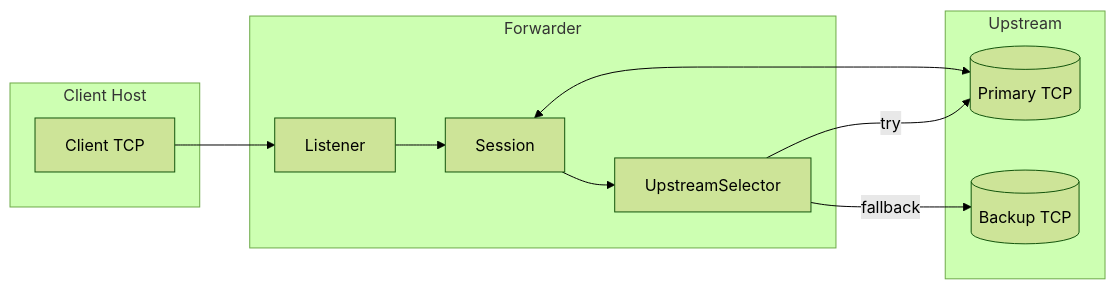
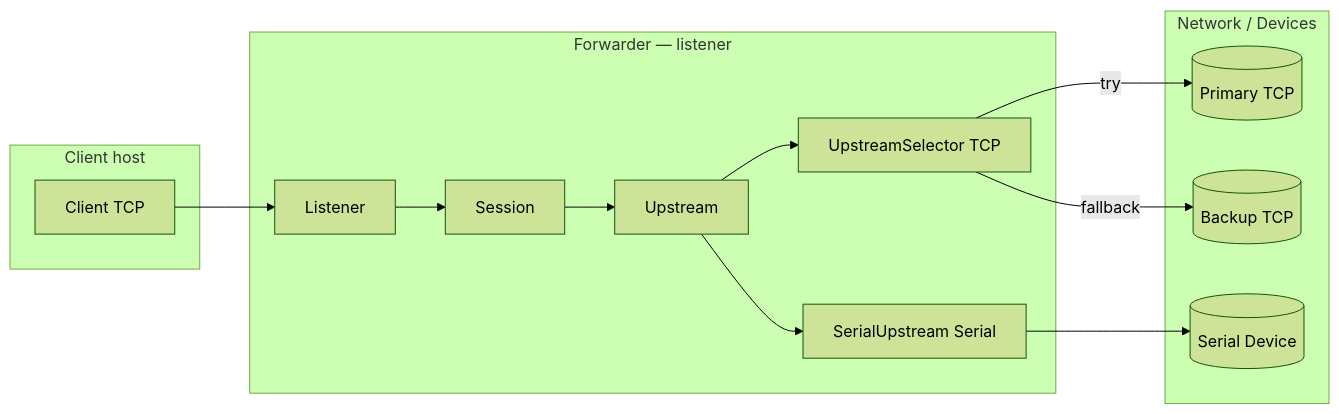
The first of 4 diagrams in design/ARCHITECTURE.md (chrisblunt-codes/offgridmail-forwarder), drawn with Mermaid (forest theme) before and after one commit. The commit also changed other lines of this file, not shown here.

Commit message:
docs(design): update architecture for serial support

````diff
--- a/design/ARCHITECTURE.md
+++ b/design/ARCHITECTURE.md
@@ -1,22 +5,28 @@
 ```mermaid
 flowchart LR
-  subgraph Client Host
+  subgraph "Client host"
     C[Client TCP]
   end
 
-  subgraph Forwarder
+  subgraph "Forwarder — listener"
     L[Listener]
     S[Session]
-    U[UpstreamSelector]
+    UI[Upstream]
+    %% interface marker for docs
+    UT[UpstreamSelector TCP]
+    US[SerialUpstream Serial]
   end
 
-  subgraph Upstream
+  subgraph "Network / Devices"
     P[(Primary TCP)]
     B[(Backup TCP)]
+    D[(Serial Device)]
   end
 
-  C --> L --> S --> U
-  U -->|try| P
-  U -->|fallback| B
-  S <--> P
+  C --> L --> S --> UI
+  UI --> UT
+  UI --> US
+  UT -->|try| P
+  UT -->|fallback| B
+  US --> D
 ```
````
